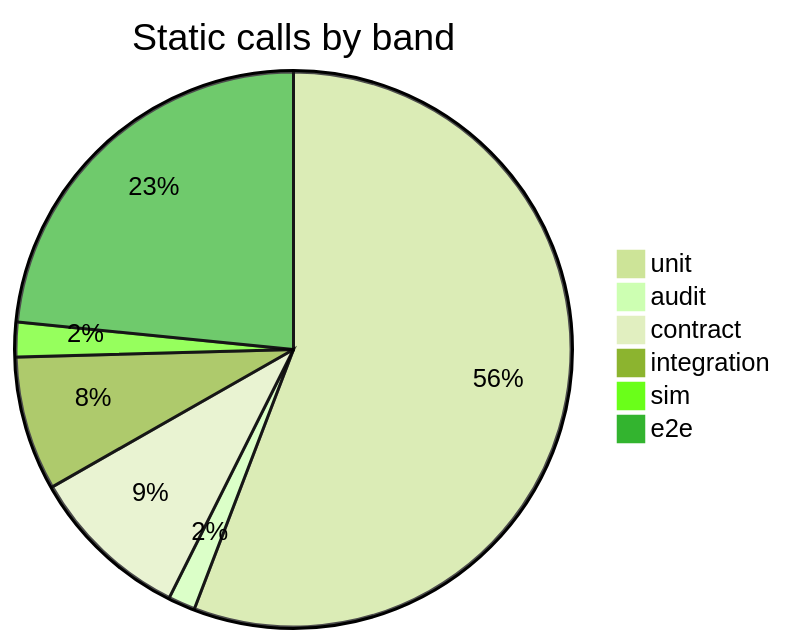
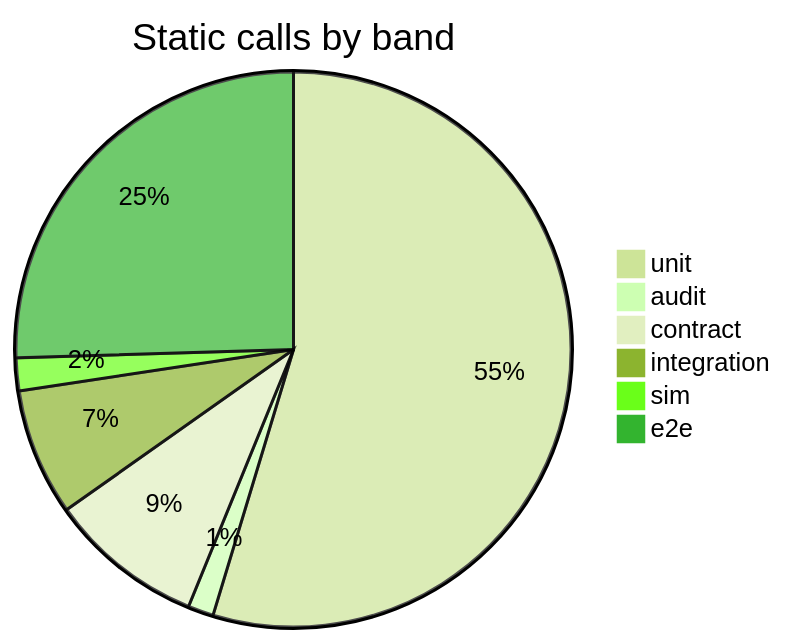
Before and after one commit to recferret-bit/freightchain: the first of 3 diagrams in README.md, drawn with Mermaid (forest theme). The commit also changed other lines of this file and 70 other files, not shown here.

````diff
--- a/README.md
+++ b/README.md
@@ -87,9 +88,9 @@
 ```mermaid
 pie title Static calls by band
-    "unit" : 994
+    "unit" : 1028
     "audit" : 28
-    "contract" : 167
+    "contract" : 170
     "integration" : 139
     "sim" : 36
-    "e2e" : 417
+    "e2e" : 479
 ```
````
